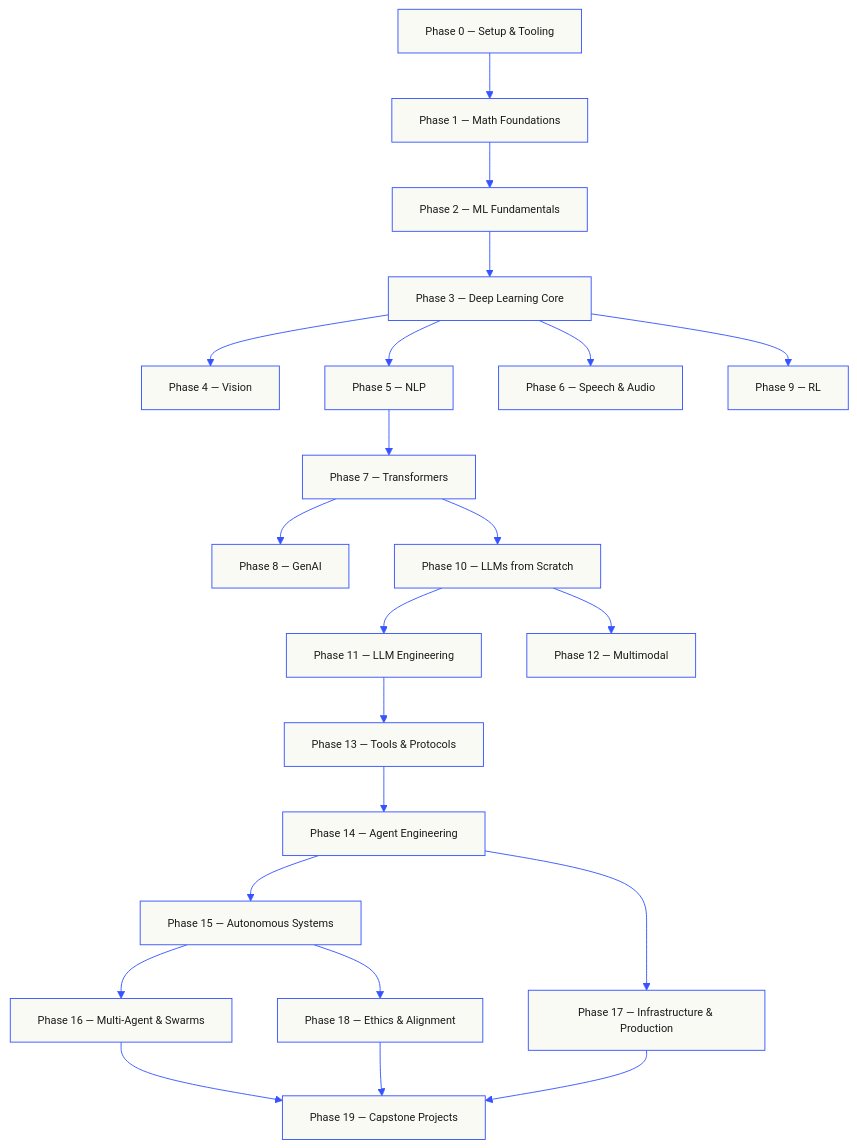
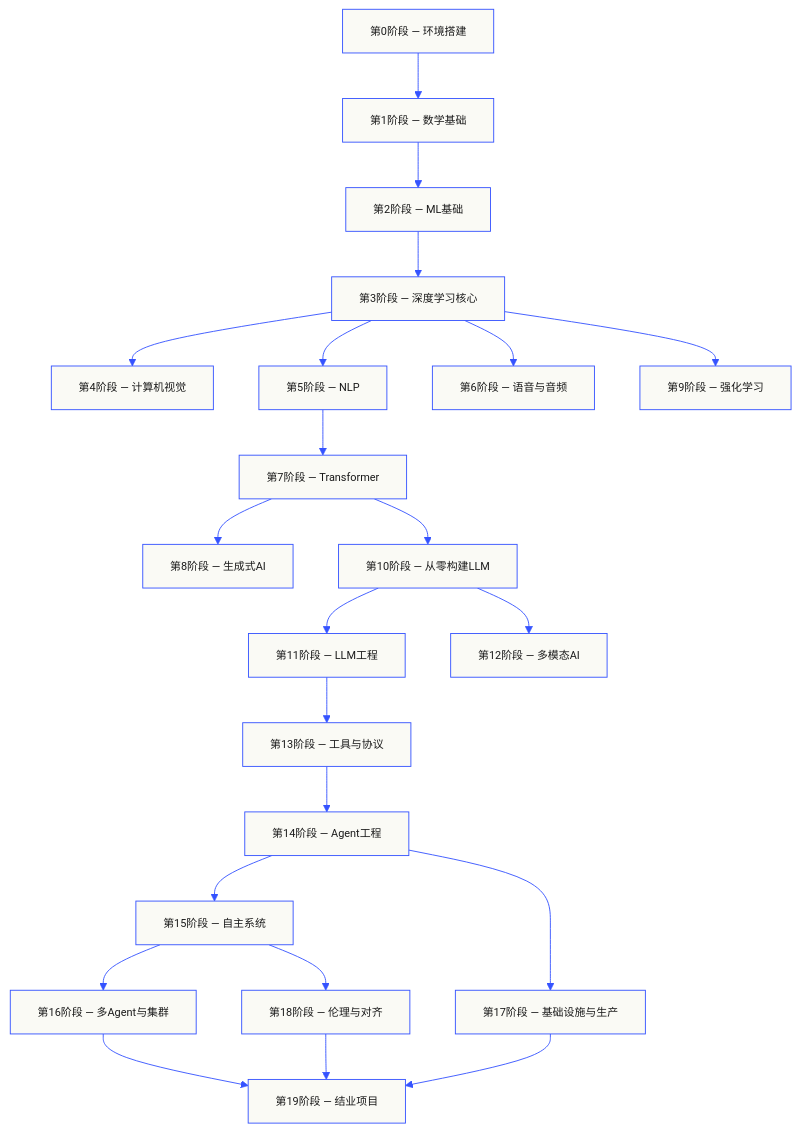
One commit to xiaojiaenen/ai-engineering-from-scratch-zh changed the first of 2 diagrams in README.md. Above: the diagram before and after it, drawn with Mermaid. The commit also changed other lines of this file, not shown here.

Commit message:
batch 9: mermaid 图表中文化

````diff
--- a/README.md
+++ b/README.md
@@ -38,25 +38,25 @@
 ```mermaid
 %%{init: {'theme':'base','themeVariables':{'primaryColor':'#fafaf5','primaryTextColor':'#1a1a1a','primaryBorderColor':'#3553ff','lineColor':'#3553ff','fontFamily':'JetBrains Mono','fontSize':'12px'}}}%%
 flowchart TB
-  P0["Phase 0 — Setup &amp; Tooling"] --> P1["Phase 1 — Math Foundations"]
-  P1 --> P2["Phase 2 — ML Fundamentals"]
-  P2 --> P3["Phase 3 — Deep Learning Core"]
-  P3 --> P4["Phase 4 — Vision"]
-  P3 --> P5["Phase 5 — NLP"]
-  P3 --> P6["Phase 6 — Speech &amp; Audio"]
-  P3 --> P9["Phase 9 — RL"]
-  P5 --> P7["Phase 7 — Transformers"]
-  P7 --> P8["Phase 8 — GenAI"]
-  P7 --> P10["Phase 10 — LLMs from Scratch"]
-  P10 --> P11["Phase 11 — LLM Engineering"]
-  P10 --> P12["Phase 12 — Multimodal"]
-  P11 --> P13["Phase 13 — Tools &amp; Protocols"]
-  P13 --> P14["Phase 14 — Agent Engineering"]
-  P14 --> P15["Phase 15 — Autonomous Systems"]
-  P15 --> P16["Phase 16 — Multi-Agent &amp; Swarms"]
-  P14 --> P17["Phase 17 — Infrastructure &amp; Production"]
-  P15 --> P18["Phase 18 — Ethics &amp; Alignment"]
-  P16 --> P19["Phase 19 — Capstone Projects"]
+  P0["第0阶段 — 环境搭建"] --> P1["第1阶段 — 数学基础"]
+  P1 --> P2["第2阶段 — ML基础"]
+  P2 --> P3["第3阶段 — 深度学习核心"]
+  P3 --> P4["第4阶段 — 计算机视觉"]
+  P3 --> P5["第5阶段 — NLP"]
+  P3 --> P6["第6阶段 — 语音与音频"]
+  P3 --> P9["第9阶段 — 强化学习"]
+  P5 --> P7["第7阶段 — Transformer"]
+  P7 --> P8["第8阶段 — 生成式AI"]
+  P7 --> P10["第10阶段 — 从零构建LLM"]
+  P10 --> P11["第11阶段 — LLM工程"]
+  P10 --> P12["第12阶段 — 多模态AI"]
+  P11 --> P13["第13阶段 — 工具与协议"]
+  P13 --> P14["第14阶段 — Agent工程"]
+  P14 --> P15["第15阶段 — 自主系统"]
+  P15 --> P16["第16阶段 — 多Agent与集群"]
+  P14 --> P17["第17阶段 — 基础设施与生产"]
+  P15 --> P18["第18阶段 — 伦理与对齐"]
+  P16 --> P19["第19阶段 — 结业项目"]
   P17 --> P19
   P18 --> P19
 ```
````
